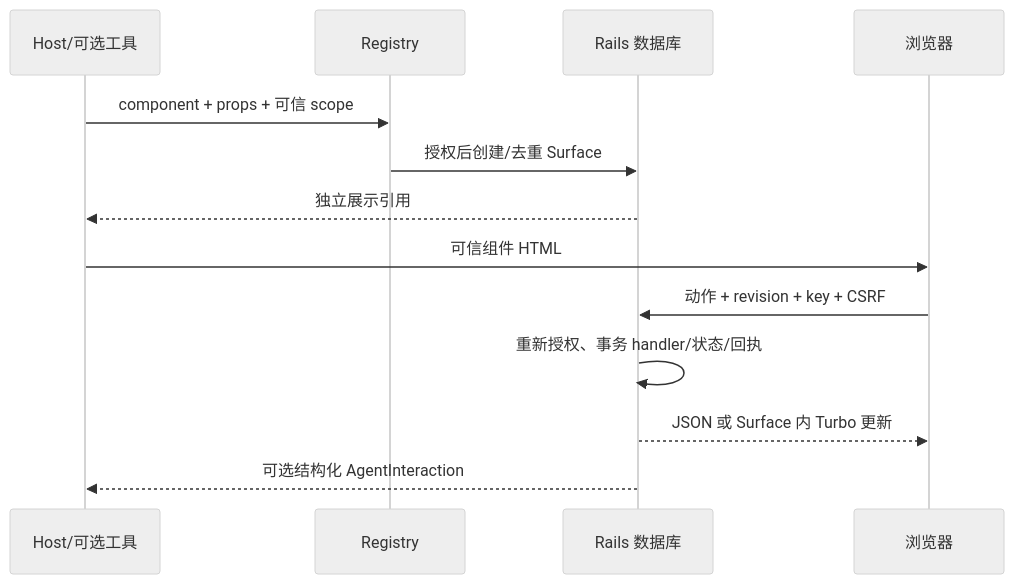
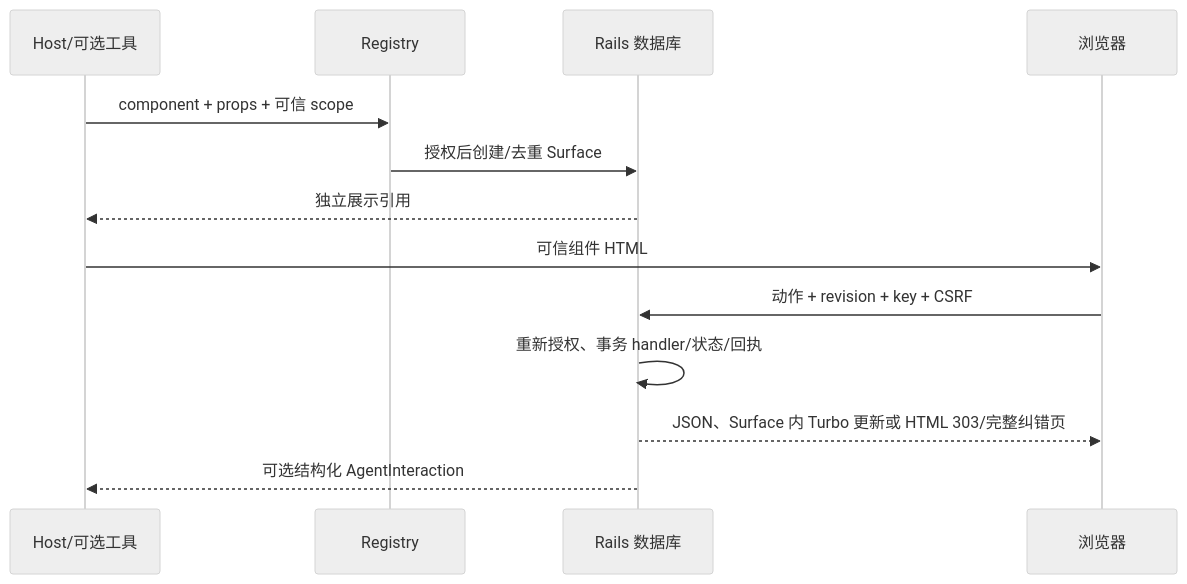
Before and after one commit to yorzi/rails_tool_views: the diagram in docs/human/04_RUNTIME_FLOWS.md, drawn with Mermaid (neutral theme). The commit also changed other lines of this file and 17 other files, not shown here.

First line of the commit message:
Render complete HTML correction pages without Turbo

````diff
--- a/docs/human/04_RUNTIME_FLOWS.md
+++ b/docs/human/04_RUNTIME_FLOWS.md
@@ -3,15 +3,15 @@
 ```mermaid
 sequenceDiagram
   participant H as Host/可选工具
   participant R as Registry
   participant D as Rails 数据库
   participant B as 浏览器
   H->>R: component + props + 可信 scope
   R->>D: 授权后创建/去重 Surface
   D-->>H: 独立展示引用
   H->>B: 可信组件 HTML
   B->>D: 动作 + revision + key + CSRF
   D->>D: 重新授权、事务 handler/状态/回执
-  D-->>B: JSON 或 Surface 内 Turbo 更新
+  D-->>B: JSON、Surface 内 Turbo 更新或 HTML 303/完整纠错页
   D-->>H: 可选结构化 AgentInteraction
 ```
````
